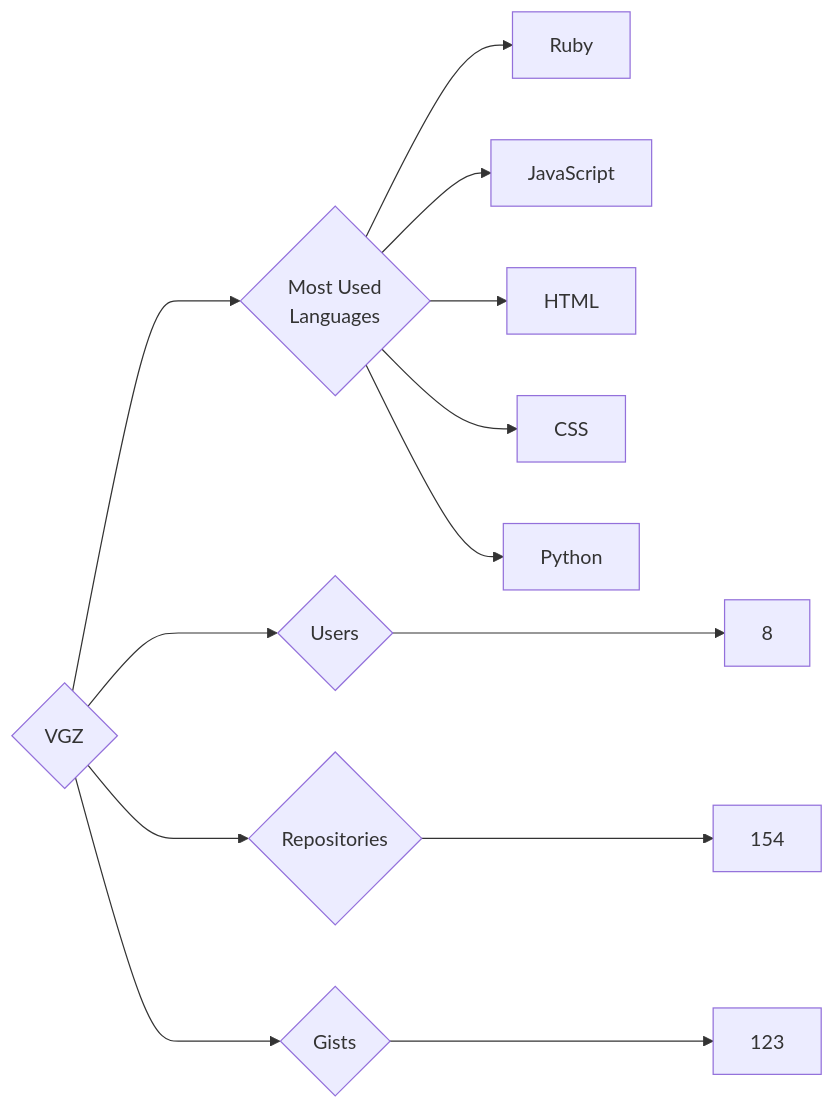
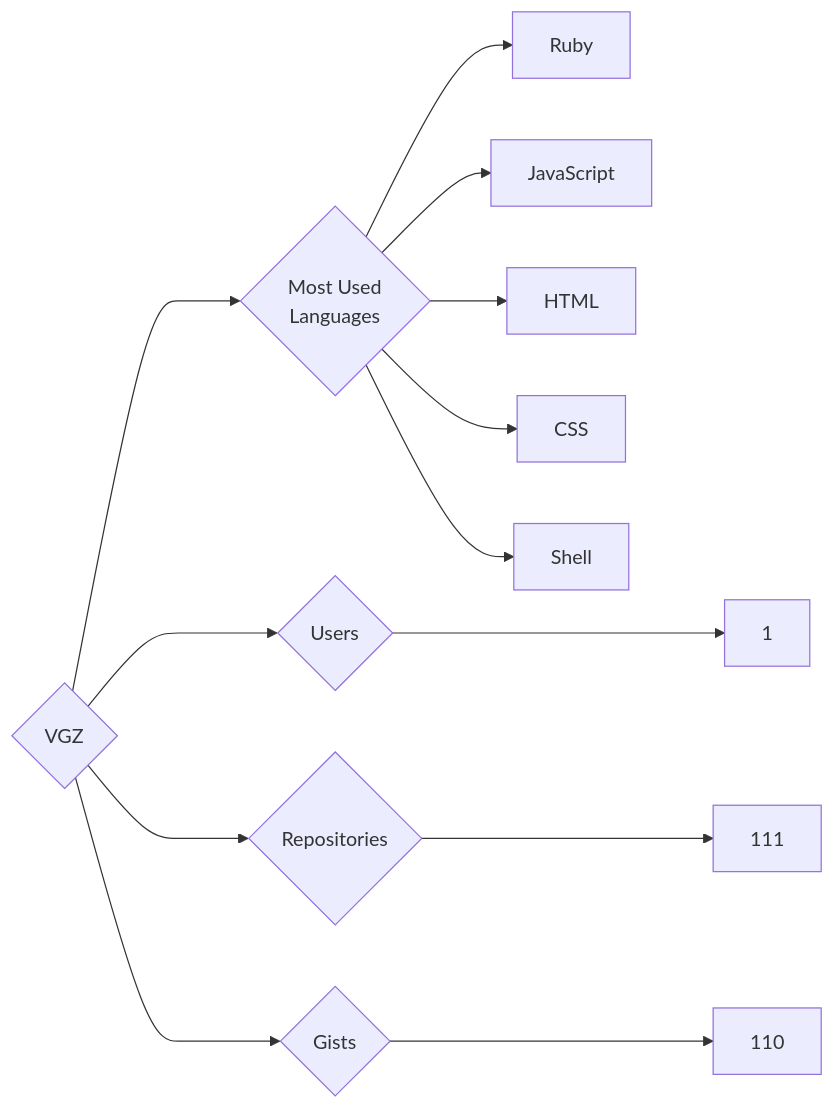
Before and after one commit to trickest/insiders: the diagram in targets/VGZ/README.md, drawn with Mermaid. The commit also changed 1011 other files, not shown here.

````diff
--- a/targets/VGZ/README.md
+++ b/targets/VGZ/README.md
@@ -3,13 +3,13 @@
 ```mermaid
 graph LR
 COMPANY_NAME{VGZ}
-COMPANY_NAME ---> U{Users} ---> UN[8]
-COMPANY_NAME ---> R{Repositories} ---> RN[154]
-COMPANY_NAME ---> G{Gists} ---> GN[123]
+COMPANY_NAME ---> U{Users} ---> UN[1]
+COMPANY_NAME ---> R{Repositories} ---> RN[111]
+COMPANY_NAME ---> G{Gists} ---> GN[110]
 COMPANY_NAME ---> ML{Most Used<br>Languages}
 ML --> Ruby[Ruby]
 ML --> JavaScript[JavaScript]
 ML --> HTML[HTML]
 ML --> CSS[CSS]
-ML --> Python[Python]
+ML --> Shell[Shell]
 ```
````
